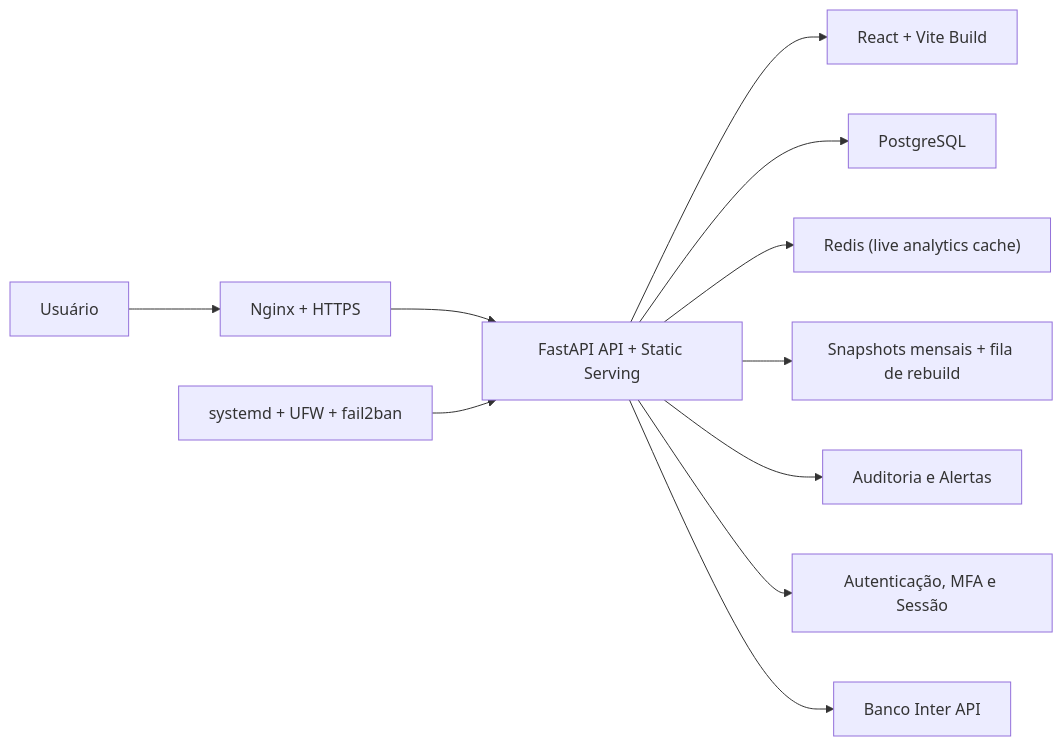
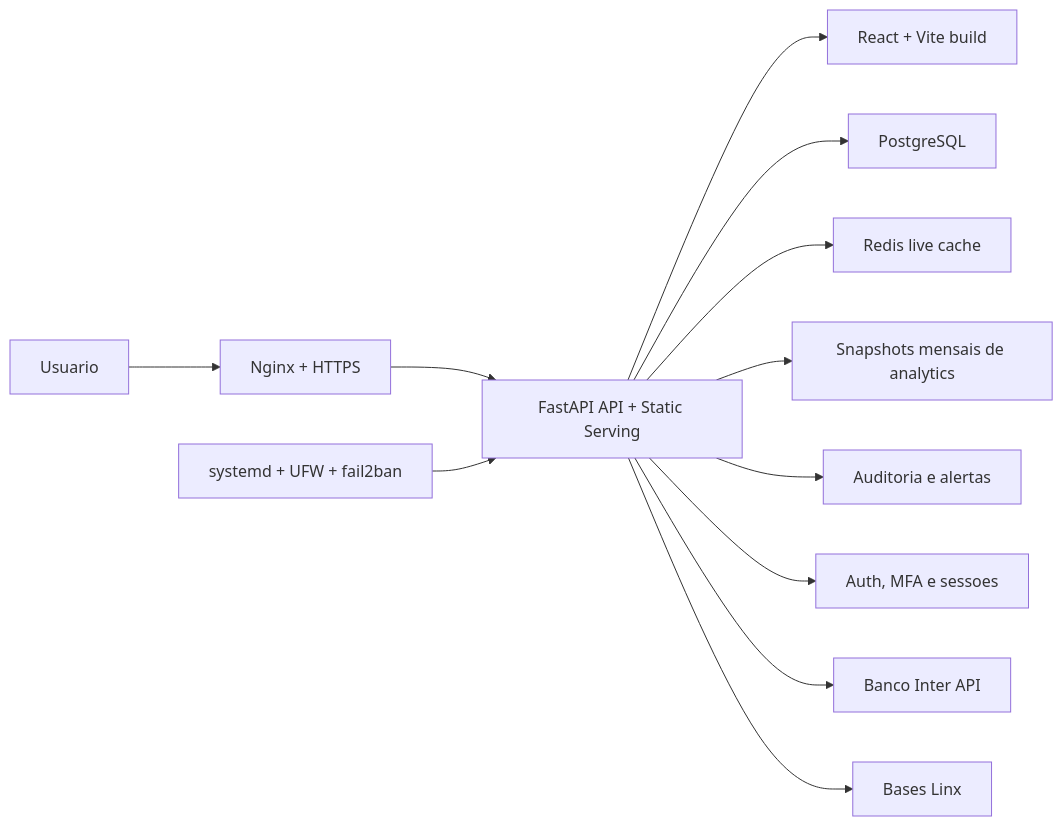
One commit to lucasmef/salomao changed the diagram in README.md. Above: the diagram before and after it, drawn with Mermaid. The commit also changed other lines of this file, not shown here.

````diff
--- a/README.md
+++ b/README.md
@@ -119,13 +70,14 @@
 ```mermaid
 flowchart LR
-    U["Usuário"] --> N["Nginx + HTTPS"]
+    U["Usuario"] --> N["Nginx + HTTPS"]
     N --> B["FastAPI API + Static Serving"]
-    B --> F["React + Vite Build"]
+    B --> F["React + Vite build"]
     B --> P["PostgreSQL"]
-    B --> R["Redis (live analytics cache)"]
-    B --> H["Snapshots mensais + fila de rebuild"]
-    B --> A["Auditoria e Alertas"]
-    B --> S["Autenticação, MFA e Sessão"]
+    B --> R["Redis live cache"]
+    B --> H["Snapshots mensais de analytics"]
+    B --> A["Auditoria e alertas"]
+    B --> S["Auth, MFA e sessoes"]
     B --> I["Banco Inter API"]
+    B --> L["Bases Linx"]
     O["systemd + UFW + fail2ban"] --> B
 ```
````
